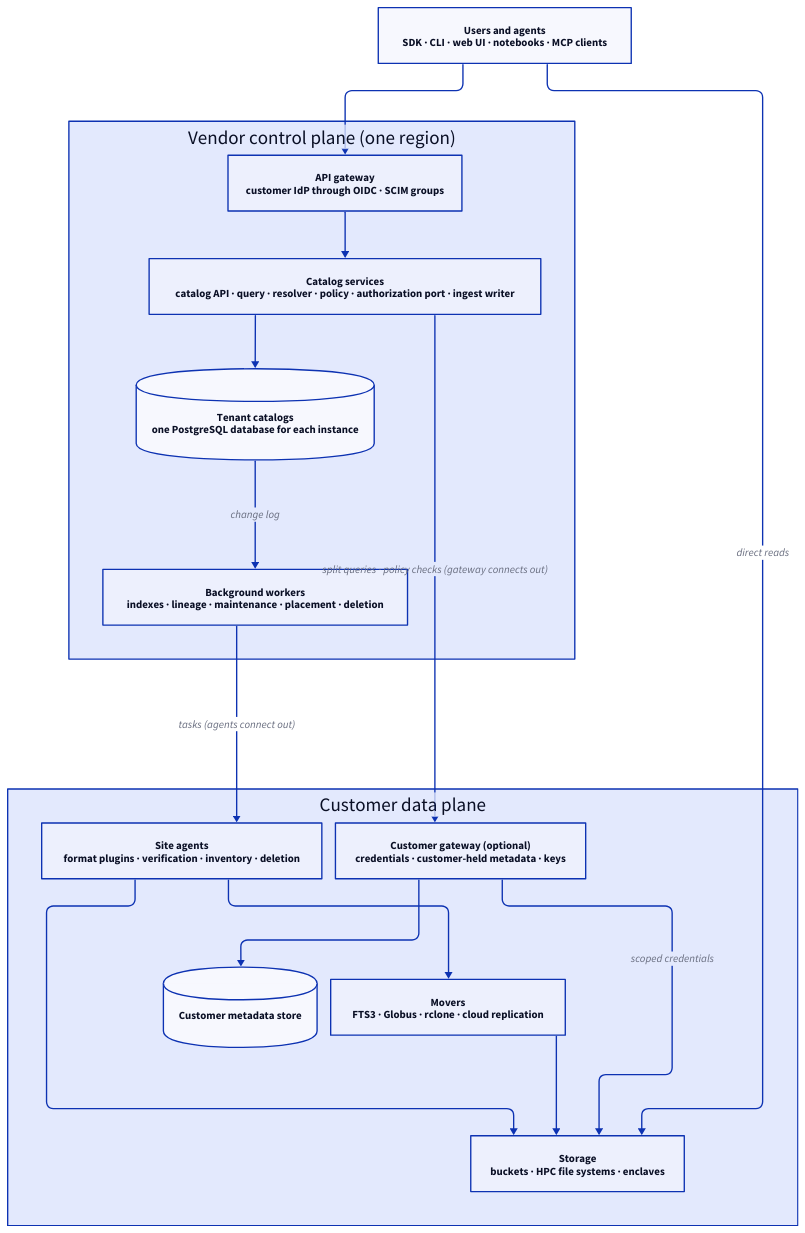
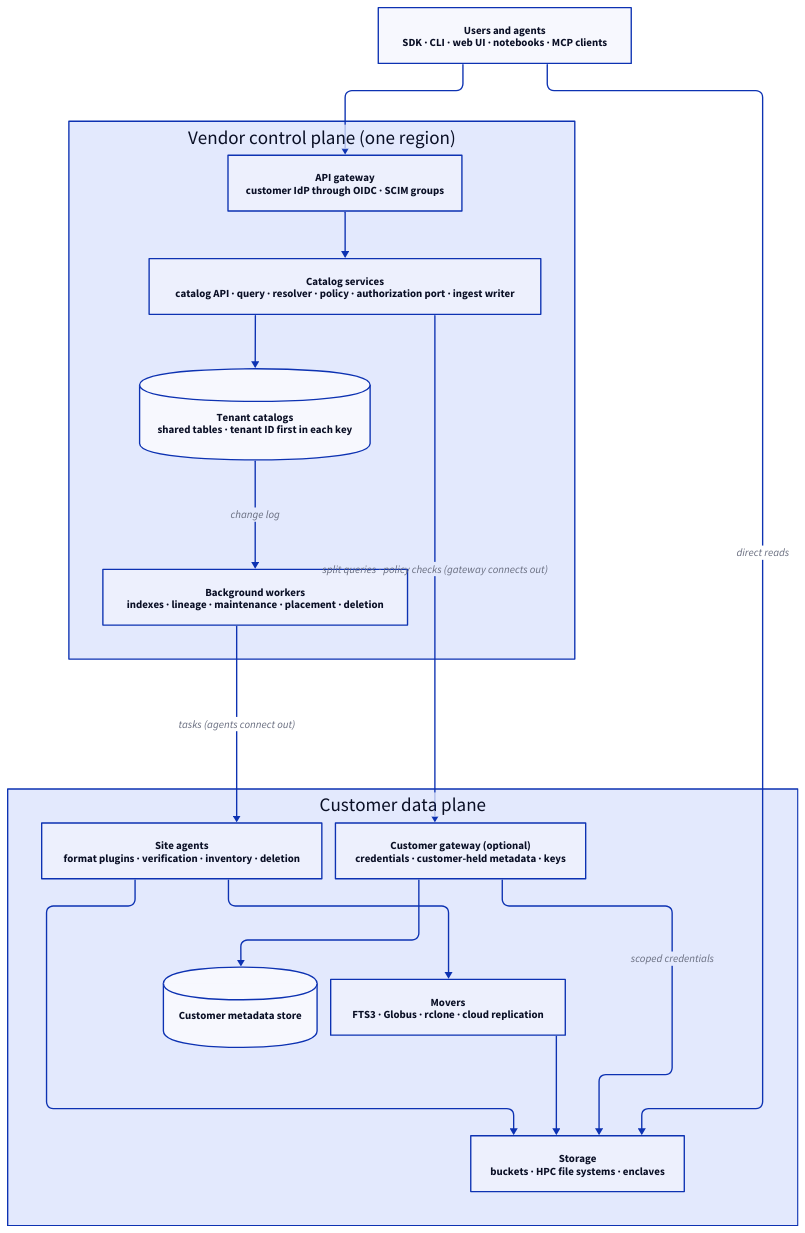
One commit to brianv0/mudcat changed the diagram in docs/hosted.md. Above: the diagram before and after it, drawn with D2. The commit also changed other lines of this file and 4 other files, not shown here.

First line of the commit message:
Make tenants first-class: tenant-leading keys, cheap copies, commit positions

````diff
--- a/docs/hosted.md
+++ b/docs/hosted.md
@@ -19,42 +19,42 @@
 ```d2
 vars: {
   d2-config: {
     layout-engine: elk
   }
 }
 direction: down
 
 users: "Users and agents\nSDK · CLI · web UI · notebooks · MCP clients"
 
 vendor: Vendor control plane (one region) {
   front: "API gateway\ncustomer IdP through OIDC · SCIM groups"
   services: "Catalog services\ncatalog API · query · resolver · policy · authorization port · ingest writer"
-  tenants: "Tenant catalogs\none PostgreSQL database for each instance" {
+  tenants: "Tenant catalogs\nshared tables · tenant ID first in each key" {
     shape: cylinder
   }
   workers: "Background workers\nindexes · lineage · maintenance · placement · deletion"
   front -> services
   services -> tenants
   tenants -> workers: change log
 }
 
 customer: Customer data plane {
   agents: "Site agents\nformat plugins · verification · inventory · deletion"
   broker: "Customer gateway (optional)\ncredentials · customer-held metadata · keys"
   metastore: "Customer metadata store" {
     shape: cylinder
   }
   broker -> metastore
   storage: "Storage\nbuckets · HPC file systems · enclaves"
   movers: "Movers\nFTS3 · Globus · rclone · cloud replication"
   agents -> storage
   agents -> movers
   movers -> storage
   broker -> storage: scoped credentials
 }
 
 users -> vendor.front
 vendor.workers -> customer.agents: tasks (agents connect out)
 users -> customer.storage: direct reads
 vendor.services -> customer.broker: split queries · policy checks (gateway connects out)
 ```
````
